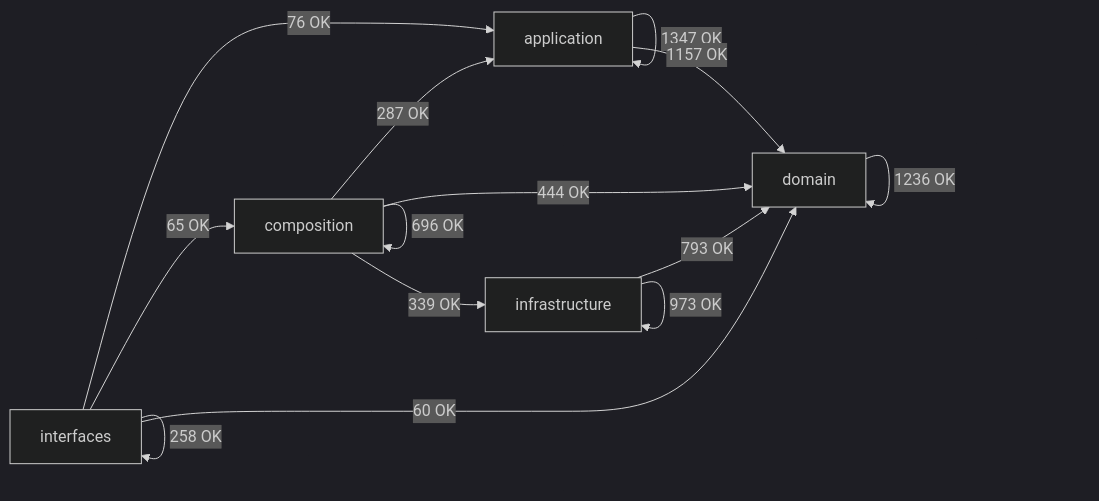
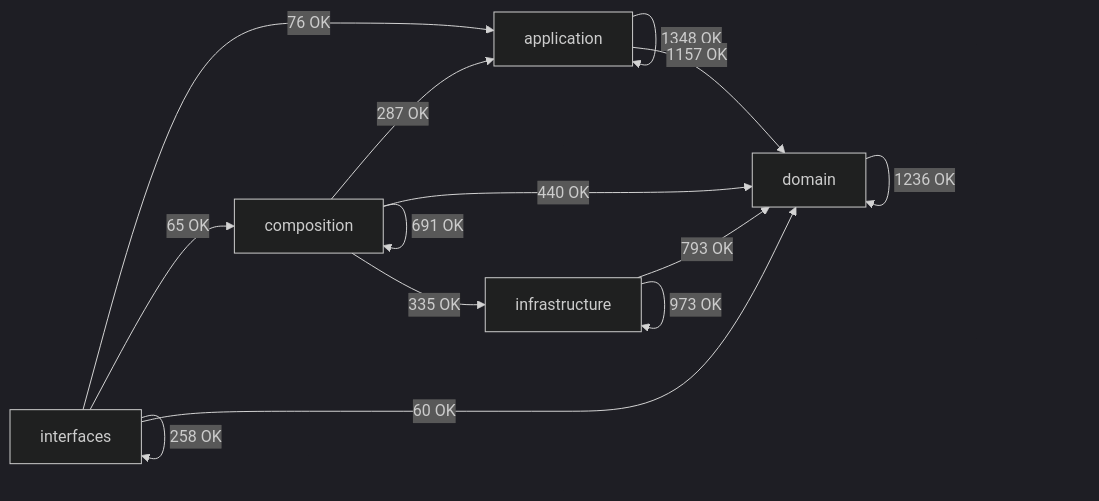
Before and after one commit to SatoryKono/BioactivityDataAcquisition: the diagram in docs/02-architecture/generated/module-dependency-map.md, drawn with Mermaid (dark theme). The commit also changed other lines of this file and 10 other files, not shown here.

````diff
--- a/docs/02-architecture/generated/module-dependency-map.md
+++ b/docs/02-architecture/generated/module-dependency-map.md
@@ -17,21 +17,21 @@
 ```mermaid
 flowchart LR
     domain[domain]
     application[application]
     infrastructure[infrastructure]
     composition[composition]
     interfaces[interfaces]
-    application -->|1347 OK| application
+    application -->|1348 OK| application
     application -->|1157 OK| domain
     composition -->|287 OK| application
-    composition -->|696 OK| composition
-    composition -->|444 OK| domain
-    composition -->|339 OK| infrastructure
+    composition -->|691 OK| composition
+    composition -->|440 OK| domain
+    composition -->|335 OK| infrastructure
     domain -->|1236 OK| domain
     infrastructure -->|793 OK| domain
     infrastructure -->|973 OK| infrastructure
     interfaces -->|76 OK| application
     interfaces -->|65 OK| composition
     interfaces -->|60 OK| domain
     interfaces -->|258 OK| interfaces
 ```
````
